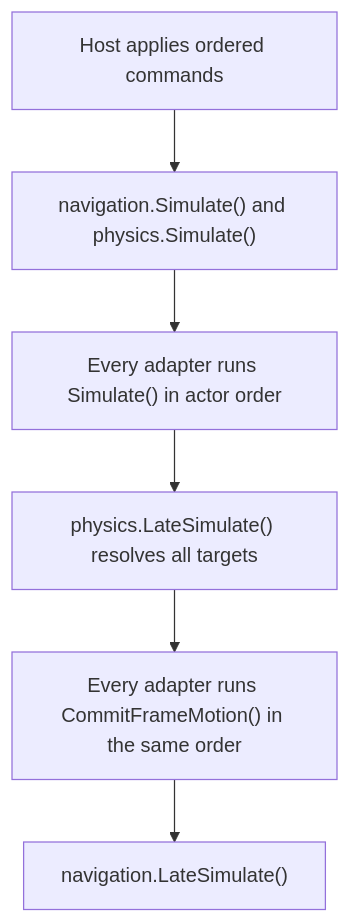
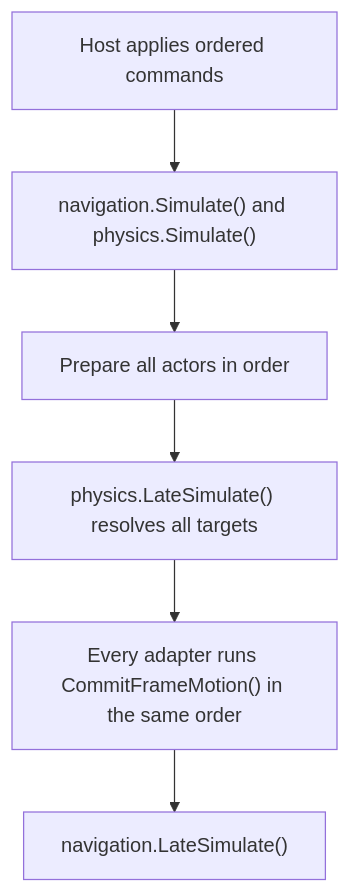
Before and after one commit to mrdav30/Trailblazer: the diagram in docs/api/guides/Gravitas.md, drawn with Mermaid. The commit also changed other lines of this file and 13 other files, not shown here.

````diff
--- a/docs/api/guides/Gravitas.md
+++ b/docs/api/guides/Gravitas.md
@@ -64,8 +64,8 @@
 ```mermaid
 flowchart TD
     Commands["Host applies ordered commands"] --> Simulate["navigation.Simulate() and physics.Simulate()"]
-    Simulate --> Prepare["Every adapter runs Simulate() in actor order"]
+    Simulate --> Prepare["Prepare all actors in order"]
     Prepare --> Resolve["physics.LateSimulate() resolves all targets"]
     Resolve --> Commit["Every adapter runs CommitFrameMotion() in the same order"]
     Commit --> Complete["navigation.LateSimulate()"]
 ```
````
